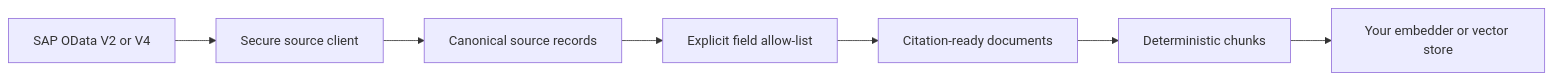
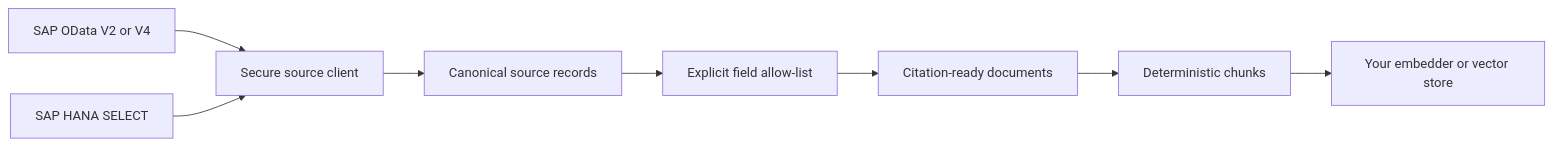
Before and after one commit to yassinbahri/sap-knowledge-pipeline: the diagram in README.md, drawn with Mermaid. The commit also changed other lines of this file and 26 other files, not shown here.

Commit message:
Prepare 0.1.0a1 release with SAP HANA support

````diff
--- a/README.md
+++ b/README.md
@@ -13,9 +49,10 @@
 ```mermaid
 flowchart LR
-    SAP["SAP OData V2 or V4"] --> SOURCE["Secure source client"]
+    ODATA["SAP OData V2 or V4"] --> SOURCE["Secure source client"]
+    HANA["SAP HANA SELECT"] --> SOURCE
     SOURCE --> RECORD["Canonical source records"]
     RECORD --> RECIPE["Explicit field allow-list"]
     RECIPE --> DOC["Citation-ready documents"]
     DOC --> CHUNK["Deterministic chunks"]
     CHUNK --> TARGET["Your embedder or vector store"]
 ```
````
